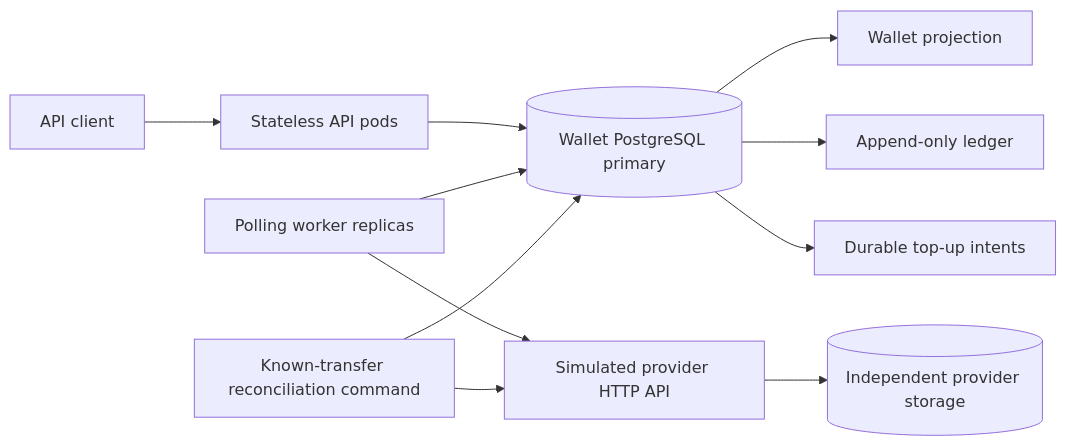
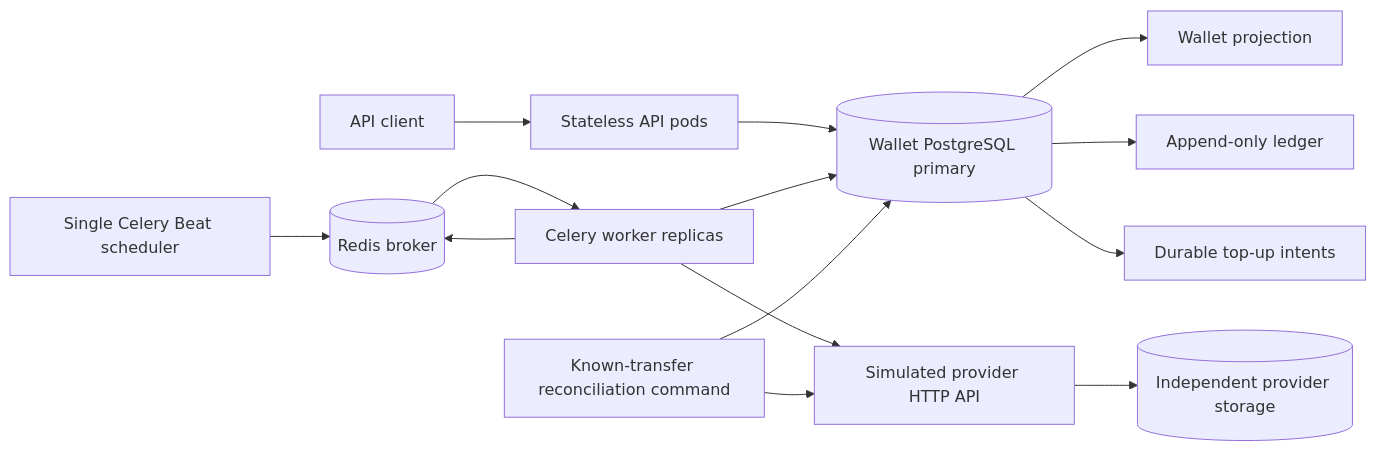
One commit to aghaghiamh/wallet changed the first of 3 diagrams in docs/technical-spec.md. Above: the diagram before and after it, drawn with Mermaid. The commit also changed other lines of this file, not shown here.

Commit message:
docs: simplify top-up processing with Celery and Redis

````diff
--- a/docs/technical-spec.md
+++ b/docs/technical-spec.md
@@ -40,13 +40,16 @@
 ```mermaid
 flowchart LR
     C[API client] --> API[Stateless API pods]
     API --> DB[(Wallet PostgreSQL primary)]
     DB --> W[Wallet projection]
     DB --> L[Append-only ledger]
     DB --> T[Durable top-up intents]
-    WORKER[Polling worker replicas] --> DB
+    BEAT[Single Celery Beat scheduler] --> REDIS[(Redis broker)]
+    REDIS --> WORKER[Celery worker replicas]
+    WORKER --> DB
+    WORKER --> REDIS
     WORKER --> PROVIDER[Simulated provider HTTP API]
     PROVIDER --> PDB[(Independent provider storage)]
     AUDIT[Known-transfer reconciliation command] --> DB
     AUDIT --> PROVIDER
 ```
````
